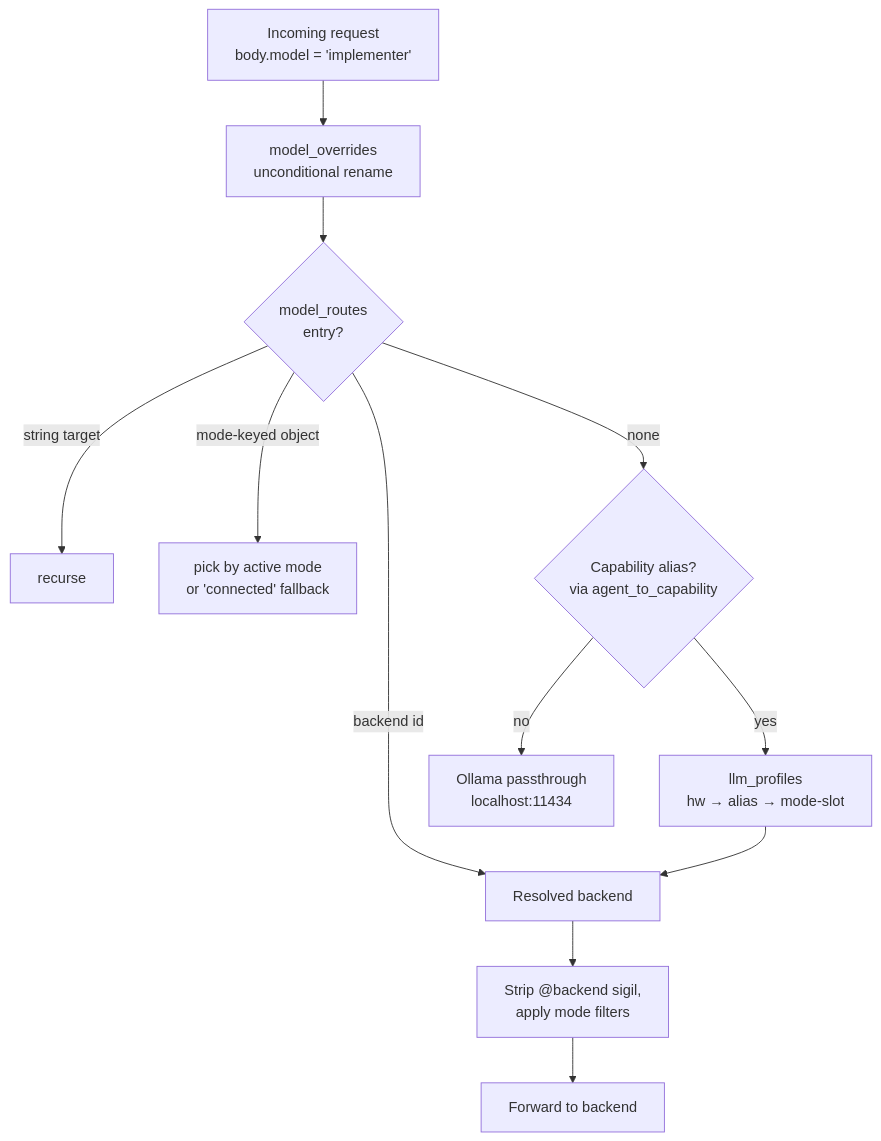
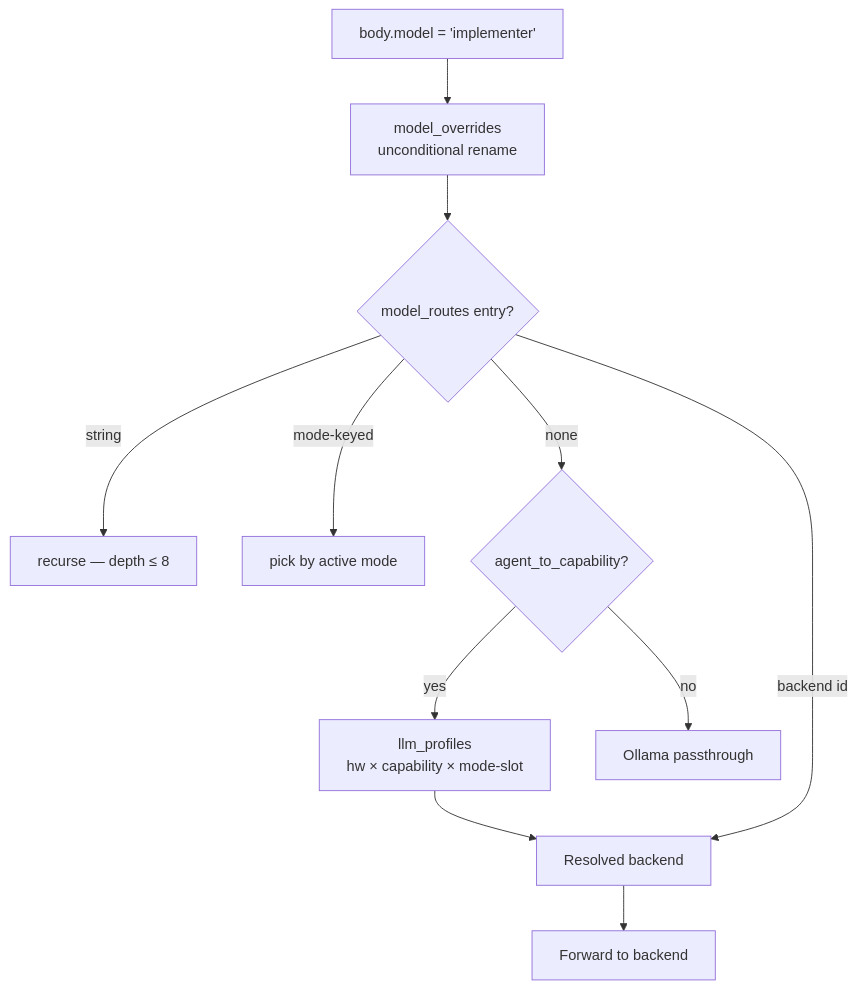
The second of 4 diagrams in README.md (whichguy/c-thru), drawn with Mermaid before and after one commit. The commit also changed other lines of this file and 9 other files, not shown here.

````diff
--- a/README.md
+++ b/README.md
@@ -184,14 +182,13 @@
 ```mermaid
 flowchart TB
-  R[Incoming request<br/>body.model = 'implementer'] --> O[model_overrides<br/>unconditional rename]
-  O --> MR{model_routes<br/>entry?}
-  MR -->|string target| MR2[recurse]
-  MR -->|mode-keyed object| MR3[pick by active mode<br/>or 'connected' fallback]
-  MR -->|backend id| BR[Resolved backend]
-  MR -->|none| AC{Capability alias?<br/>via agent_to_capability}
-  AC -->|yes| LP[llm_profiles<br/>hw → alias → mode-slot]
-  LP --> BR
-  AC -->|no| OL[Ollama passthrough<br/>localhost:11434]
-  BR --> SF[Strip @backend sigil,<br/>apply mode filters]
-  SF --> FW[Forward to backend]
+  R[body.model = 'implementer'] --> O[model_overrides<br/>unconditional rename]
+  O --> MR{model_routes entry?}
+  MR -->|string| REC[recurse — depth ≤ 8]
+  MR -->|mode-keyed| MK[pick by active mode]
+  MR -->|none| AC{agent_to_capability?}
+  AC -->|yes| LP[llm_profiles<br/>hw × capability × mode-slot]
+  LP --> BR[Resolved backend]
+  AC -->|no| OL[Ollama passthrough]
+  MR -->|backend id| BR
+  BR --> FW[Forward to backend]
 ```
````
